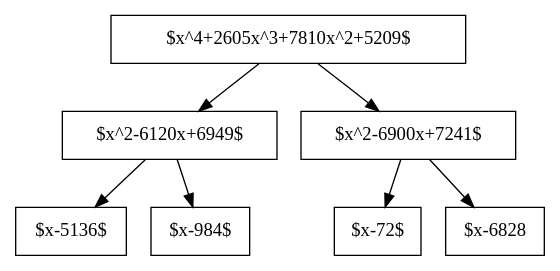
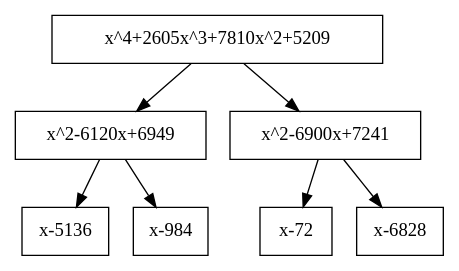
The diagram in imcce2016/res/tree56.dot (Tyzeppelin/hipsterPandoc), drawn with Graphviz before and after one commit. The commit also changed 10 other files, not shown here.

Commit message:
fig updated & plus joli

```diff
--- a/imcce2016/res/tree56.dot
+++ b/imcce2016/res/tree56.dot
@@ -1,17 +1,17 @@
 digraph structs {
 node [shape=box];
-	struct1 [shape=box, label="$x^4+2605x^3+7810x^2+5209$" ];
-	struct2 [shape=box, label="$x^2-6120x+6949$"];
-	struct3 [shape=box, label="$x^2-6900x+7241$"];
+	struct1 [shape=box, label="x^4+2605x^3+7810x^2+5209" ];
+	struct2 [shape=box, label="x^2-6120x+6949"];
+	struct3 [shape=box, label="x^2-6900x+7241"];
 	struct1 -> struct2;
 	struct1 -> struct3;
-	struct4 [shape=box, label="$x-5136$"];
-	struct5 [shape=box, label="$x-984$"];
+	struct4 [shape=box, label="x-5136"];
+	struct5 [shape=box, label="x-984"];
 	struct2 -> struct4;
 	struct2 -> struct5;
-	struct6 [shape=box, label="$x-72$"];
-	struct7 [shape=box, label="$x-6828"];
+	struct6 [shape=box, label="x-72"];
+	struct7 [shape=box, label="x-6828"];
 	struct3 -> struct6;
 	struct3 -> struct7;
 	
 }
```
